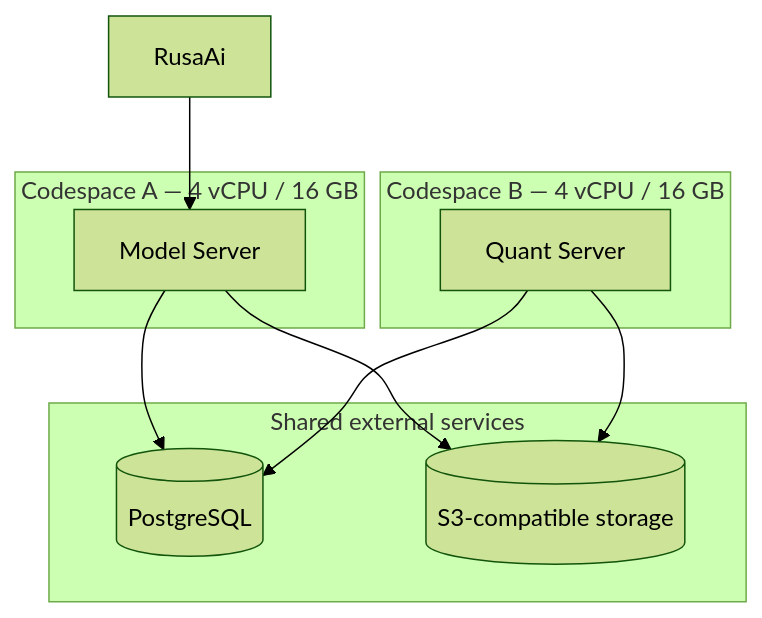
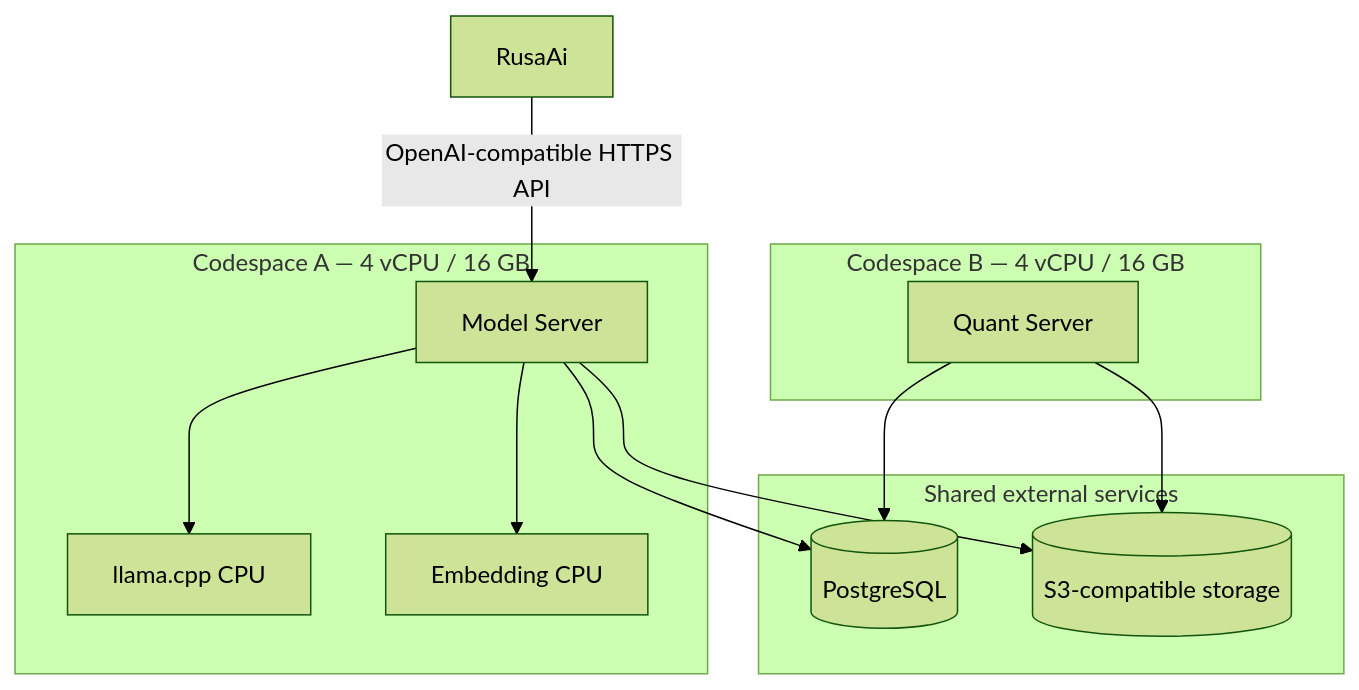
Before and after one commit to StrategyG/RusaModels: the second of 2 diagrams in docs/architecture.md, drawn with Mermaid (forest theme). The commit also changed other lines of this file and 56 other files, not shown here.

````diff
--- a/docs/architecture.md
+++ b/docs/architecture.md
@@ -22,18 +25,22 @@
 ```mermaid
 flowchart TB
   subgraph A["Codespace A — 4 vCPU / 16 GB"]
     MS[Model Server]
+    L[llama.cpp CPU]
+    E[Embedding CPU]
+    MS --> L
+    MS --> E
   end
   subgraph B["Codespace B — 4 vCPU / 16 GB"]
     QS[Quant Server]
   end
   subgraph C["Shared external services"]
     PG[(PostgreSQL)]
     OBJ[(S3-compatible storage)]
   end
   MS --> PG
   MS --> OBJ
   QS --> PG
   QS --> OBJ
-  RUSA[RusaAi] --> MS
+  RUSA[RusaAi] -->|OpenAI-compatible HTTPS API| MS
 ```
````
